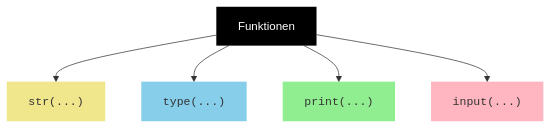
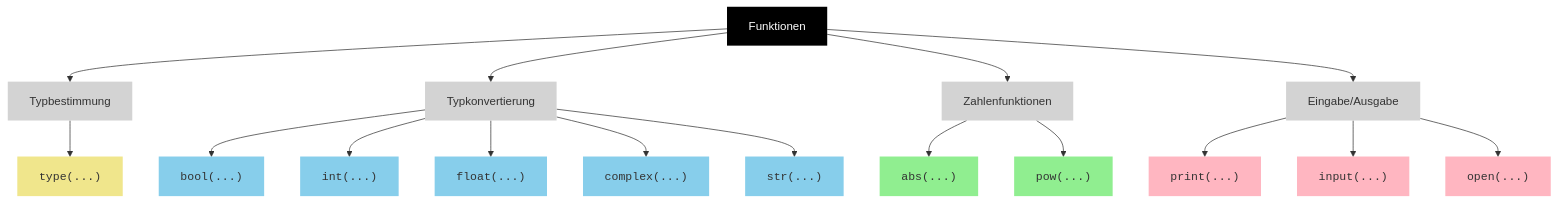
One commit to ghackenberg/python-grundlagen-kurs changed the diagram in Grafiken/Mermaid/Funktionen/Allgemein.mmd. Above: the diagram before and after it, drawn with Mermaid. The commit also changed 19 other files, not shown here.

```diff
--- a/Grafiken/Mermaid/Funktionen/Allgemein.mmd
+++ b/Grafiken/Mermaid/Funktionen/Allgemein.mmd
@@ -1,15 +1,43 @@
 flowchart
 
-    Funktionen
+    Funktionen --> Typbestimmung
+    Funktionen --> Typkonvertierung
+    Funktionen --> Zahlenfunktionen
+    Funktionen --> EA["Eingabe/Ausgabe"]
 
-    Funktionen --> Str["<code>str(...)</code>"]
-    Funktionen --> Type["<code>type(...)</code>"]
-    Funktionen --> Print["<code>print(...)</code>"]
-    Funktionen --> Input["<code>input(...)</code>"]
+    Typbestimmung  --> Type["<code>type(...)</code>"]
+
+    Typkonvertierung --> Bool["<code>bool(...)</code>"]
+    Typkonvertierung --> Int["<code>int(...)</code>"]
+    Typkonvertierung --> Float["<code>float(...)</code>"]
+    Typkonvertierung --> Complex["<code>complex(...)</code>"]
+    Typkonvertierung --> Str["<code>str(...)</code>"]
+
+    Zahlenfunktionen --> Abs["<code>abs(...)</code>"]
+    Zahlenfunktionen --> Pow["<code>pow(...)</code>"]
+
+    EA --> Print["<code>print(...)</code>"]
+    EA --> Input["<code>input(...)</code>"]
+    EA --> Open["<code>open(...)</code>"]
 
     style Funktionen fill:black,color:white,stroke-width:0px
 
-    style Str fill:khaki,stroke-width:0px
-    style Type fill:skyblue,stroke-width:0px
-    style Print fill:lightgreen,stroke-width:0px
+    style Typbestimmung fill:lightgray,stroke-width:0px
+    style Typkonvertierung fill:lightgray,stroke-width:0px
+    style Zahlenfunktionen fill:lightgray,stroke-width:0px
+    style EA fill:lightgray,stroke-width:0px
+
+    style Type fill:khaki,stroke-width:0px
+
+    style Bool fill:skyblue,stroke-width:0px
+    style Int fill:skyblue,stroke-width:0px
+    style Float fill:skyblue,stroke-width:0px
+    style Complex fill:skyblue,stroke-width:0px
+    style Str fill:skyblue,stroke-width:0px
+
+    style Abs fill:lightgreen,stroke-width:0px
+    style Pow fill:lightgreen,stroke-width:0px
+    
+    style Print fill:lightpink,stroke-width:0px
     style Input fill:lightpink,stroke-width:0px
+    style Open fill:lightpink,stroke-width:0px
```
